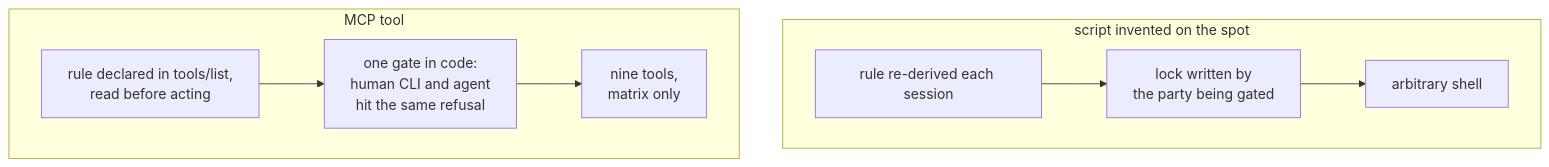
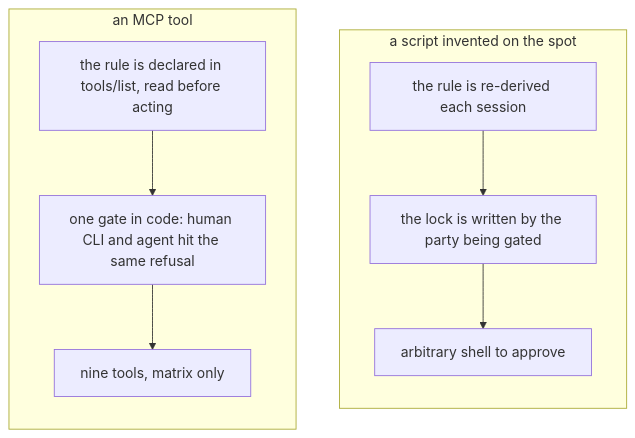
Before and after one commit to josepalala-dev/ai-tool-docs: the diagram in why-mcp.md, drawn with Mermaid. The commit also changed 2 other files, not shown here.

Commit message:
fix(site): drop html from mermaid labels so strict mode renders them

```diff
--- a/why-mcp.md
+++ b/why-mcp.md
@@ -13,9 +13,13 @@
 <pre class="mermaid">
 flowchart TB
-    subgraph invented["script invented on the spot"]
-      I1["rule re-derived each session"] --> I2["lock written by<br/>the party being gated"] --> I3["arbitrary shell"]
+    subgraph invented["a script invented on the spot"]
+      direction TB
+      I1["the rule is re-derived each session"] --> I2["the lock is written by the party being gated"]
+      I2 --> I3["arbitrary shell to approve"]
     end
-    subgraph tool["MCP tool"]
-      M1["rule declared in tools/list,<br/>read before acting"] --> M2["one gate in code:<br/>human CLI and agent<br/>hit the same refusal"] --> M3["nine tools,<br/>matrix only"]
+    subgraph tool["an MCP tool"]
+      direction TB
+      M1["the rule is declared in tools/list, read before acting"] --> M2["one gate in code: human CLI and agent hit the same refusal"]
+      M2 --> M3["nine tools, matrix only"]
     end
 </pre>
```
